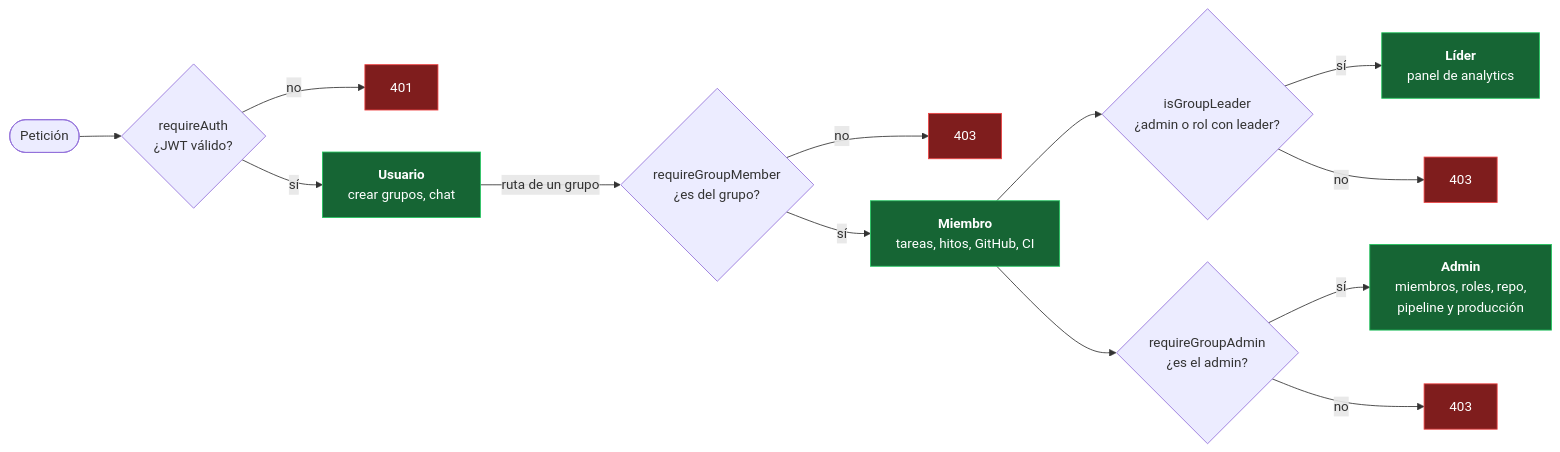
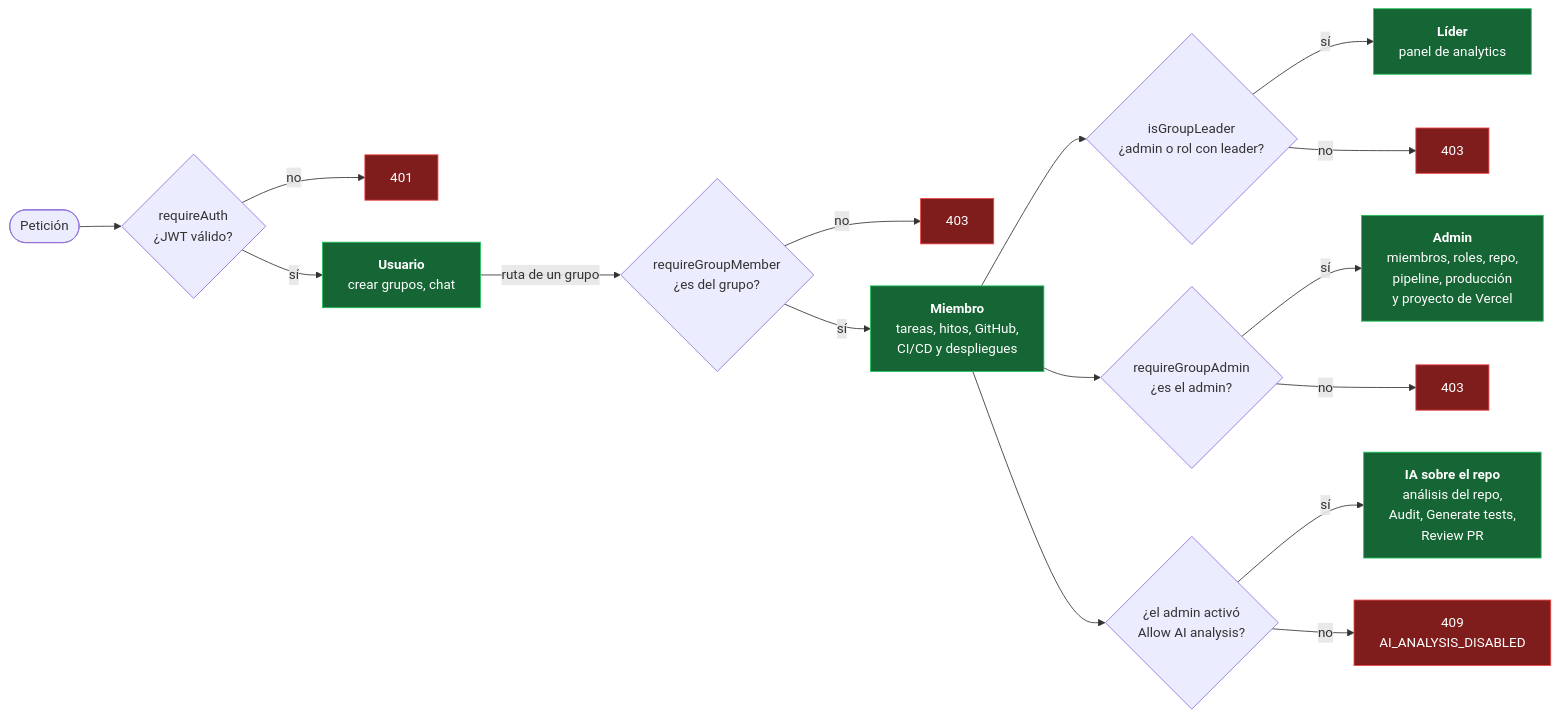
Before and after one commit to PabloP150/proyecto-is-cc6: the diagram in documentacion/04-casos-de-uso/00-permisos-por-rol.md, drawn with Mermaid. The commit also changed other lines of this file and 204 other files, not shown here.

First line of the commit message:
docs: update all documentation, diagrams and PNGs to the test/e2e state

````diff
--- a/documentacion/04-casos-de-uso/00-permisos-por-rol.md
+++ b/documentacion/04-casos-de-uso/00-permisos-por-rol.md
@@ -5,20 +5,23 @@
 ```mermaid
 flowchart LR
     REQ(["Petición"]) --> AUTH{"requireAuth<br/>¿JWT válido?"}
     AUTH -->|"no"| E401["401"]
     AUTH -->|"sí"| OKU["<b>Usuario</b><br/>crear grupos, chat"]
     OKU -->|"ruta de un grupo"| MEM{"requireGroupMember<br/>¿es del grupo?"}
     MEM -->|"no"| E403a["403"]
-    MEM -->|"sí"| OKM["<b>Miembro</b><br/>tareas, hitos, GitHub, CI"]
+    MEM -->|"sí"| OKM["<b>Miembro</b><br/>tareas, hitos, GitHub,<br/>CI/CD y despliegues"]
     OKM --> LEAD{"isGroupLeader<br/>¿admin o rol con leader?"}
     OKM --> ADM{"requireGroupAdmin<br/>¿es el admin?"}
+    OKM --> AIC{"¿el admin activó<br/>Allow AI analysis?"}
     LEAD -->|"sí"| OKL["<b>Líder</b><br/>panel de analytics"]
     LEAD -->|"no"| E403b["403"]
-    ADM -->|"sí"| OKA["<b>Admin</b><br/>miembros, roles, repo,<br/>pipeline y producción"]
+    ADM -->|"sí"| OKA["<b>Admin</b><br/>miembros, roles, repo,<br/>pipeline, producción<br/>y proyecto de Vercel"]
     ADM -->|"no"| E403c["403"]
+    AIC -->|"sí"| OKI["<b>IA sobre el repo</b><br/>análisis del repo,<br/>Audit, Generate tests,<br/>Review PR"]
+    AIC -->|"no"| E409["409<br/>AI_ANALYSIS_DISABLED"]
 
     classDef ok fill:#166534,stroke:#22c55e,color:#ffffff
     classDef err fill:#7f1d1d,stroke:#ef4444,color:#ffffff
-    class OKU,OKM,OKL,OKA ok
-    class E401,E403a,E403b,E403c err
+    class OKU,OKM,OKL,OKA,OKI ok
+    class E401,E403a,E403b,E403c,E409 err
 ```
````
